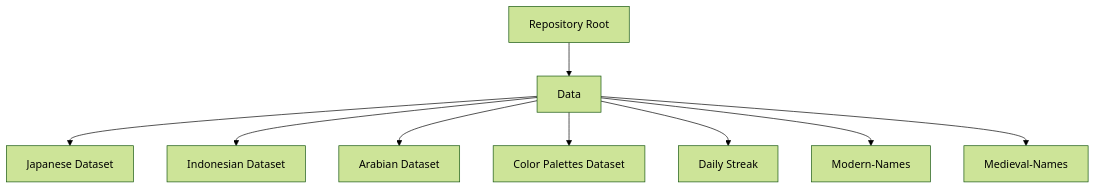
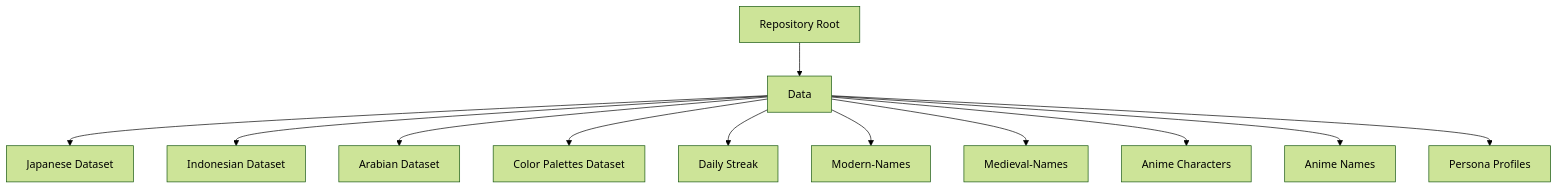
The diagram in README.md (fadhilakbarcariearsaindonesia/datasets), drawn with Mermaid (forest theme) before and after one commit.

````diff
--- a/README.md
+++ b/README.md
@@ -10,12 +10,15 @@
 ```mermaid
 graph TD
     A[Repository Root] --> B[Data]
     B --> C[Japanese Dataset]
     B --> D[Indonesian Dataset]
     B --> E[Arabian Dataset]
     B --> F[Color Palettes Dataset]
     B --> G[Daily Streak]
     B --> H[Modern-Names]
     B --> I[Medieval-Names]
+    B --> J[Anime Characters]
+    B --> K[Anime Names]
+    B --> L[Persona Profiles]
 
 ```
````
